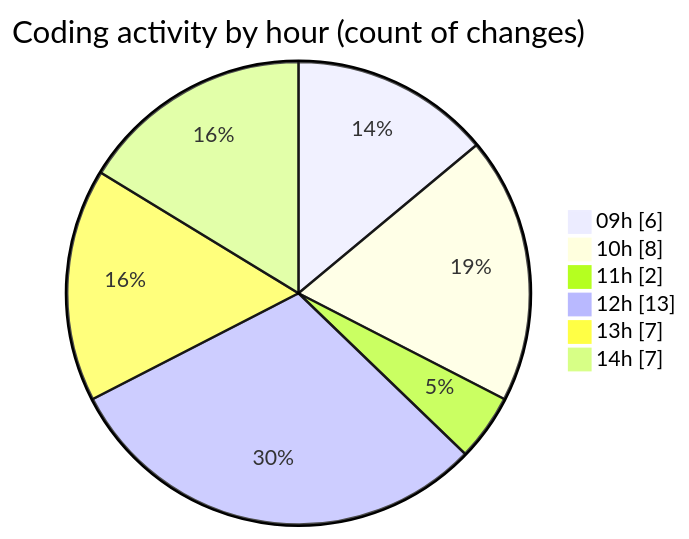
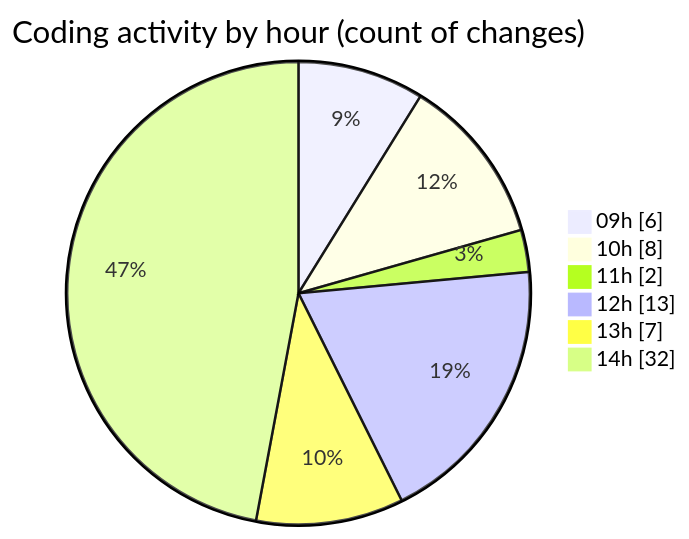
One commit to momahboobian/code-tracking changed the second of 2 diagrams in 2026-08-13/cda/README.md. Above: the diagram before and after it, drawn with Mermaid. The commit also changed other lines of this file and 1 other file, not shown here.

````diff
--- a/2026-08-13/cda/README.md
+++ b/2026-08-13/cda/README.md
@@ -45,10 +59,10 @@
 ```mermaid
 pie showData
 title Coding activity by hour (count of changes)
 "09h" : 6
 "10h" : 8
 "11h" : 2
 "12h" : 13
 "13h" : 7
-"14h" : 7
+"14h" : 32
 ```
````
